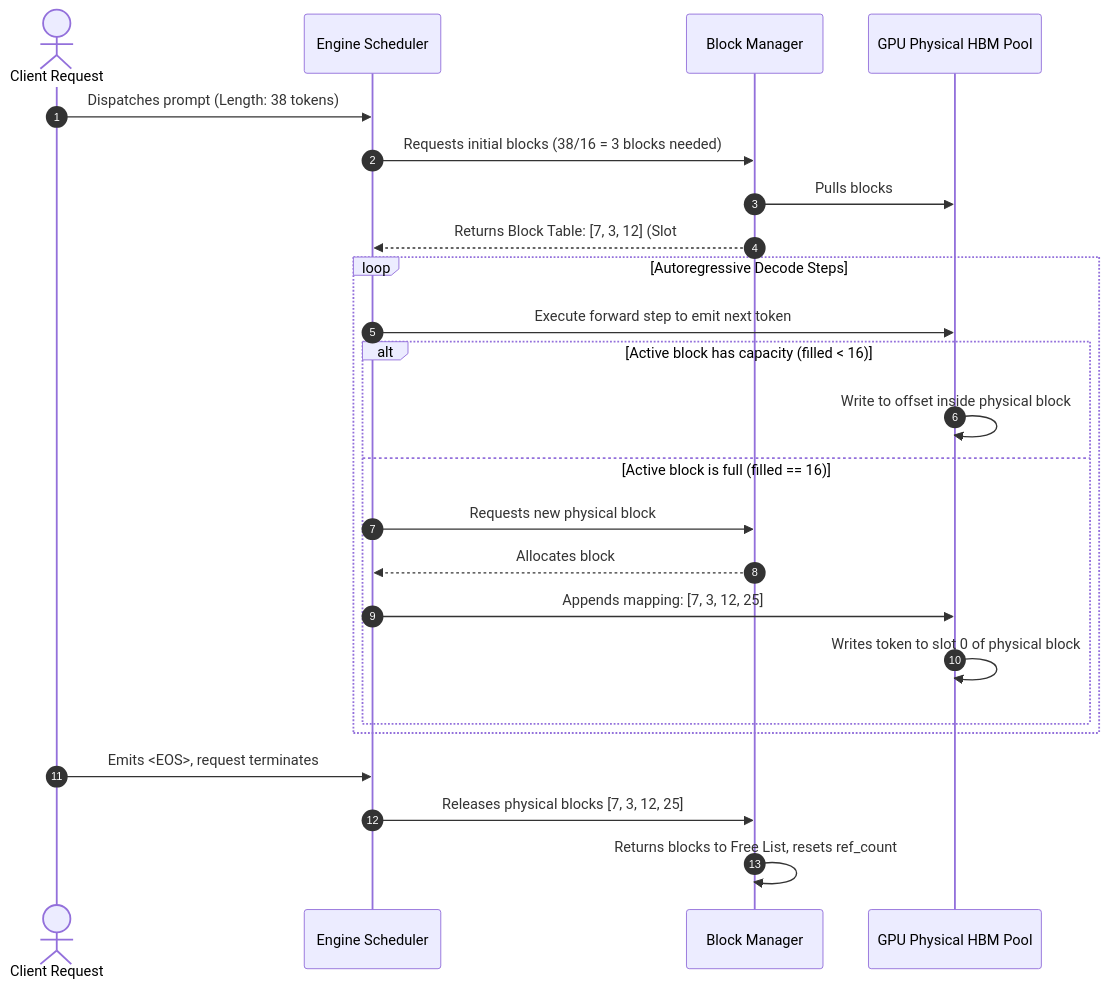
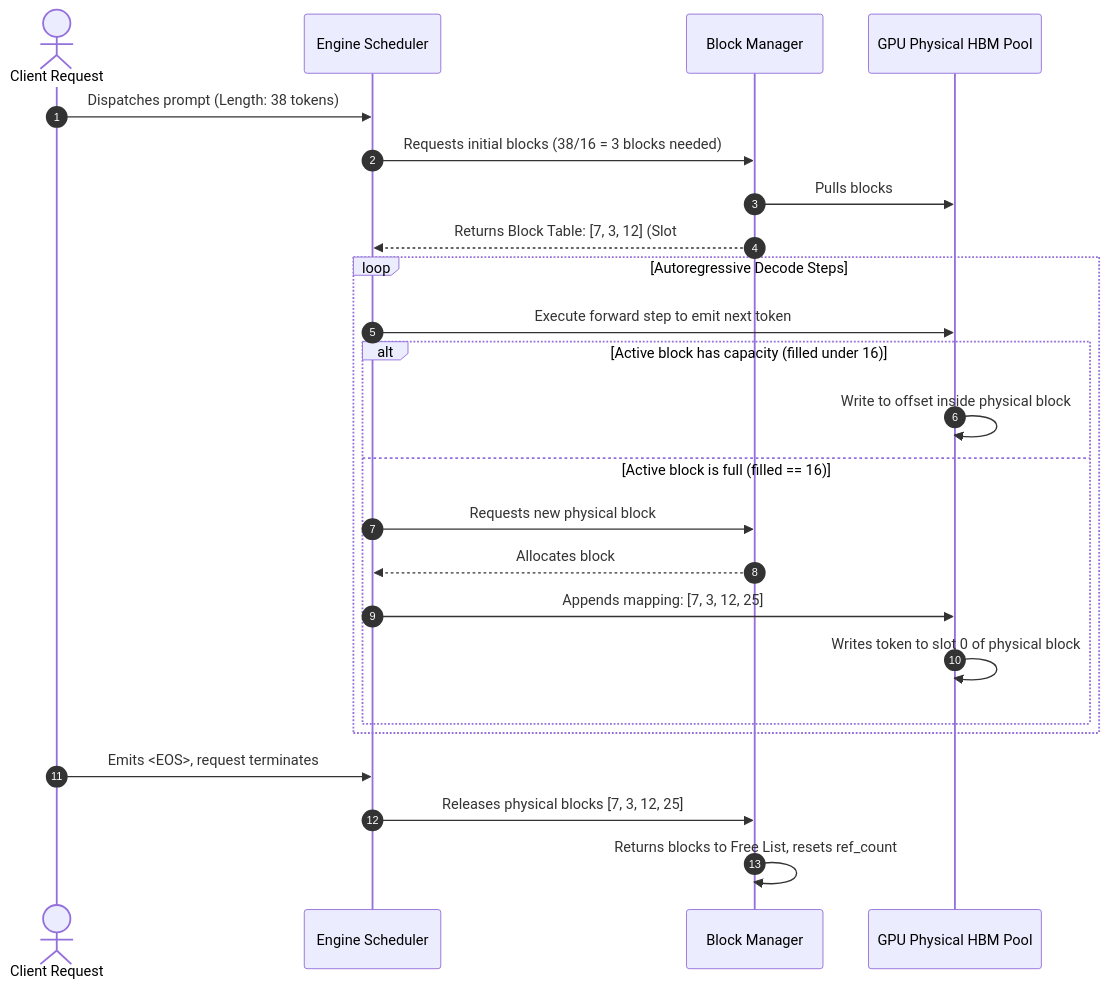
The third of 4 diagrams in content/en/articles/pagedattention-memory-virtualization.en.md (ifnodoraemon/ifnodoraemon.github.io), drawn with Mermaid before and after one commit. The commit also changed other lines of this file and 114 other files, not shown here.

Commit message:
refactor(taxonomy): consolidate tags into 4 core pillars and integrate automated mermaid verification

````diff
--- a/content/en/articles/pagedattention-memory-virtualization.en.md
+++ b/content/en/articles/pagedattention-memory-virtualization.en.md
@@ -126,29 +126,29 @@
 ```mermaid
 sequenceDiagram
     autonumber
     actor Client as Client Request
     participant Scheduler as Engine Scheduler
     participant BM as Block Manager
     participant GPU as GPU Physical HBM Pool
 
     Client->>Scheduler: Dispatches prompt (Length: 38 tokens)
     Scheduler->>BM: Requests initial blocks (38/16 = 3 blocks needed)
     BM->>GPU: Pulls blocks #7, #3, #12 from Free List
     BM-->>Scheduler: Returns Block Table: [7, 3, 12] (Slot #12 holds 6 tokens)
     
     loop Autoregressive Decode Steps
         Scheduler->>GPU: Execute forward step to emit next token
-        alt Active block has capacity (filled < 16)
+        alt Active block has capacity (filled under 16)
             GPU->>GPU: Write to offset inside physical block #12
         else Active block is full (filled == 16)
             Scheduler->>BM: Requests new physical block
             BM-->>Scheduler: Allocates block #25
             Scheduler->>GPU: Appends mapping: [7, 3, 12, 25]
             GPU->>GPU: Writes token to slot 0 of physical block #25
         end
     end
 
     Client->>Scheduler: Emits <EOS>, request terminates
     Scheduler->>BM: Releases physical blocks [7, 3, 12, 25]
     BM->>BM: Returns blocks to Free List, resets ref_count
 ```
````
